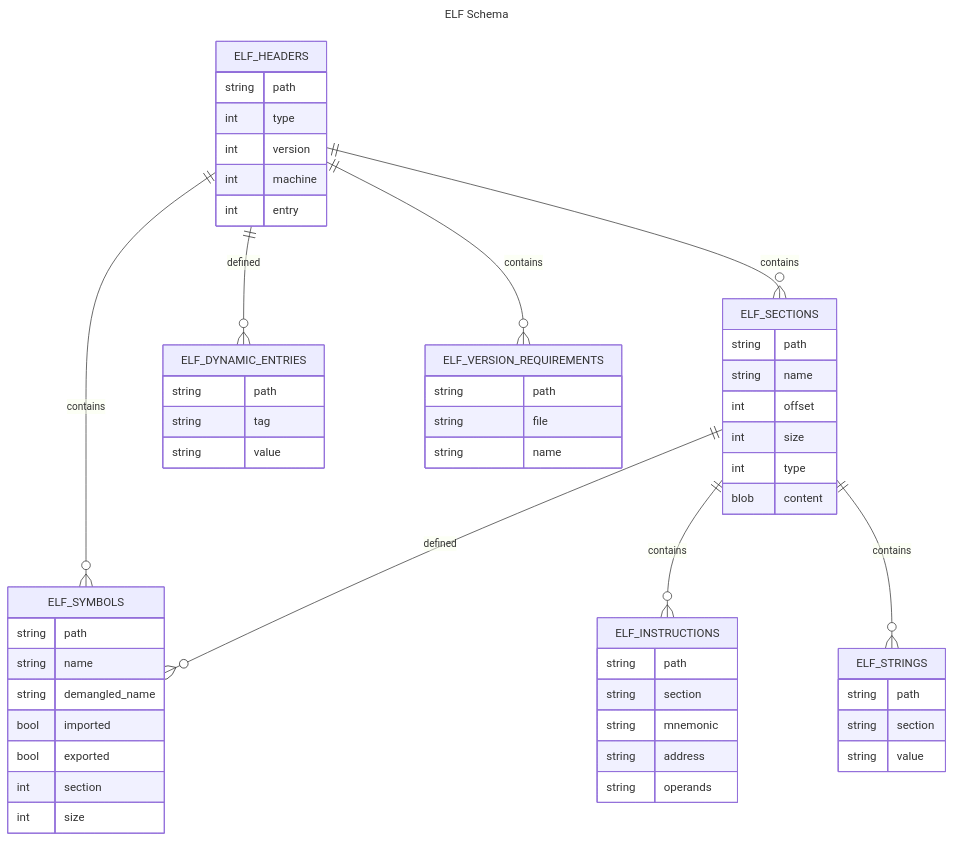
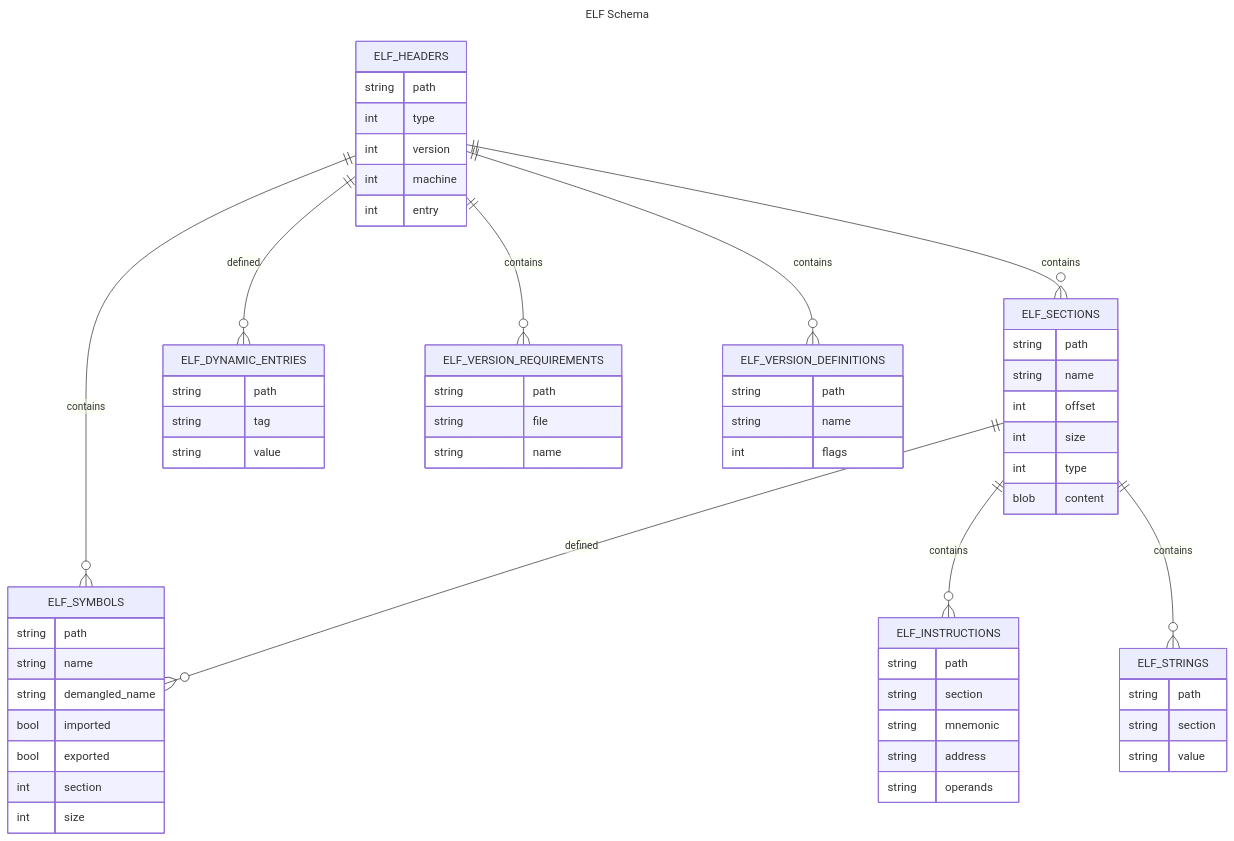
The diagram in README.md (fzakaria/sqlelf), drawn with Mermaid before and after one commit. The commit also changed 1 other file, not shown here.

Commit message:
added elf_version_definitions table
Added the elf_version_definitions table which correlates to
.gnu.version_d.

Not 100% sure this table is needed since we capture the version
information in the symbol table as well, but this is a closer
approximation to the ELF format itself which should help others
navigate.

It would be great to have a foreign key reference here as well perhaps i
the future.

````diff
--- a/README.md
+++ b/README.md
@@ -16,59 +16,65 @@
 ```mermaid
 ---
 title: ELF Schema
 ---
 erDiagram
     ELF_HEADERS ||--o{ ELF_SECTIONS : contains
     ELF_HEADERS {
         string path
         int type
         int version
         int machine
         int entry
     }
     ELF_SECTIONS {
         string path
         string name
         int offset
         int size
         int type
         blob content
     }
     ELF_HEADERS ||--o{ ELF_SYMBOLS : contains
     ELF_SECTIONS ||--o{ ELF_SYMBOLS : defined
     ELF_SYMBOLS {
         string path
         string name
         string demangled_name
         bool imported
         bool exported
         int section
         int size
     }
     ELF_HEADERS ||--o{ ELF_DYNAMIC_ENTRIES : defined
     ELF_DYNAMIC_ENTRIES {
         string path
         string tag
         string value
     }
     ELF_SECTIONS ||--o{ ELF_INSTRUCTIONS : contains
     ELF_INSTRUCTIONS {
         string path
         string section
         string mnemonic
         string address
         string operands
     }
     ELF_SECTIONS ||--o{ ELF_STRINGS : contains
     ELF_STRINGS {
         string path
         string section
         string value
     }
     ELF_HEADERS ||--o{ ELF_VERSION_REQUIREMENTS : contains
     ELF_VERSION_REQUIREMENTS {
         string path
         string file
         string name
     }
+    ELF_HEADERS ||--o{ ELF_VERSION_DEFINITIONS : contains
+    ELF_VERSION_DEFINITIONS {
+        string path
+        string name
+        int flags
+    }
 ```
````
